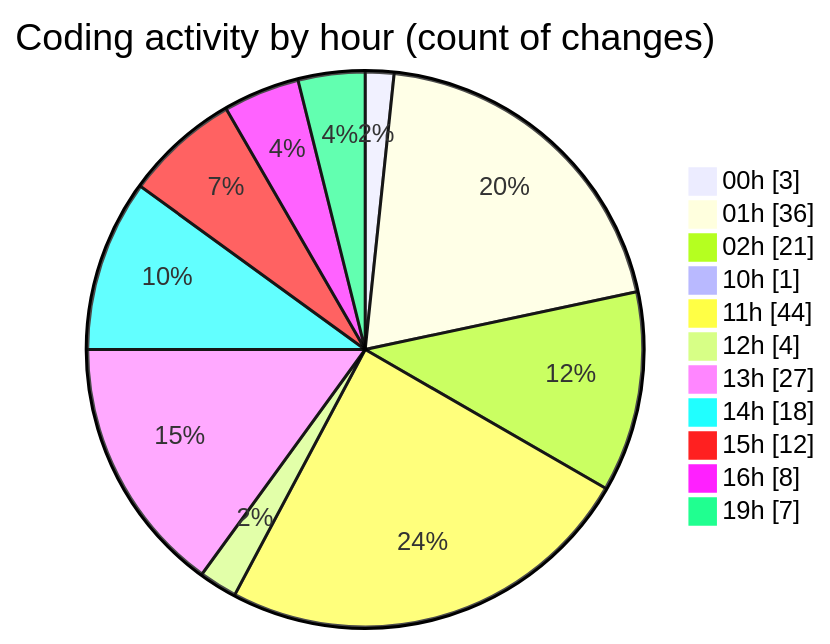
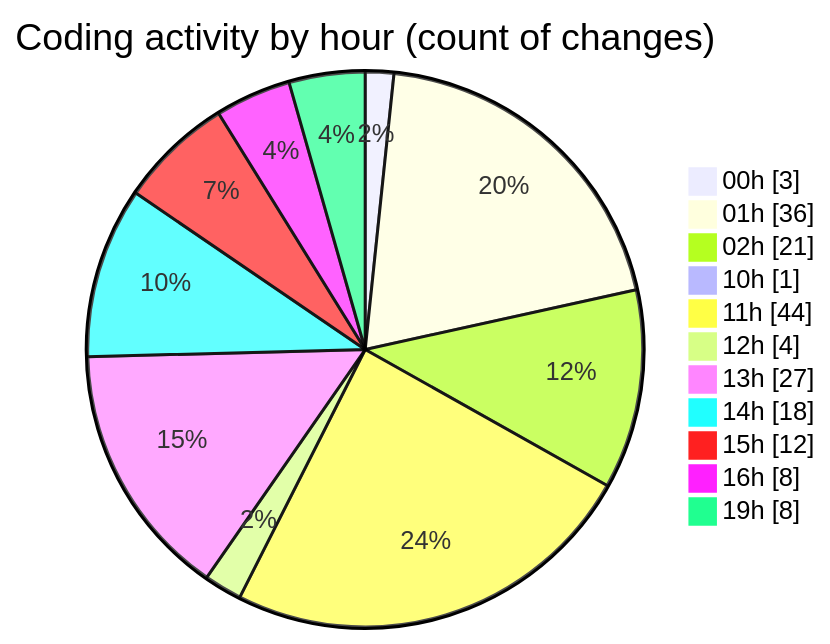
Before and after one commit to lephambinh05/code-tracking: the second of 2 diagrams in 2025-09-05/hiai-phf/README.md, drawn with Mermaid. The commit also changed other lines of this file and 1 other file, not shown here.

````diff
--- a/2025-09-05/hiai-phf/README.md
+++ b/2025-09-05/hiai-phf/README.md
@@ -89,15 +90,15 @@
 ```mermaid
 pie showData
 title Coding activity by hour (count of changes)
 "00h" : 3
 "01h" : 36
 "02h" : 21
 "10h" : 1
 "11h" : 44
 "12h" : 4
 "13h" : 27
 "14h" : 18
 "15h" : 12
 "16h" : 8
-"19h" : 7
+"19h" : 8
 ```
````
